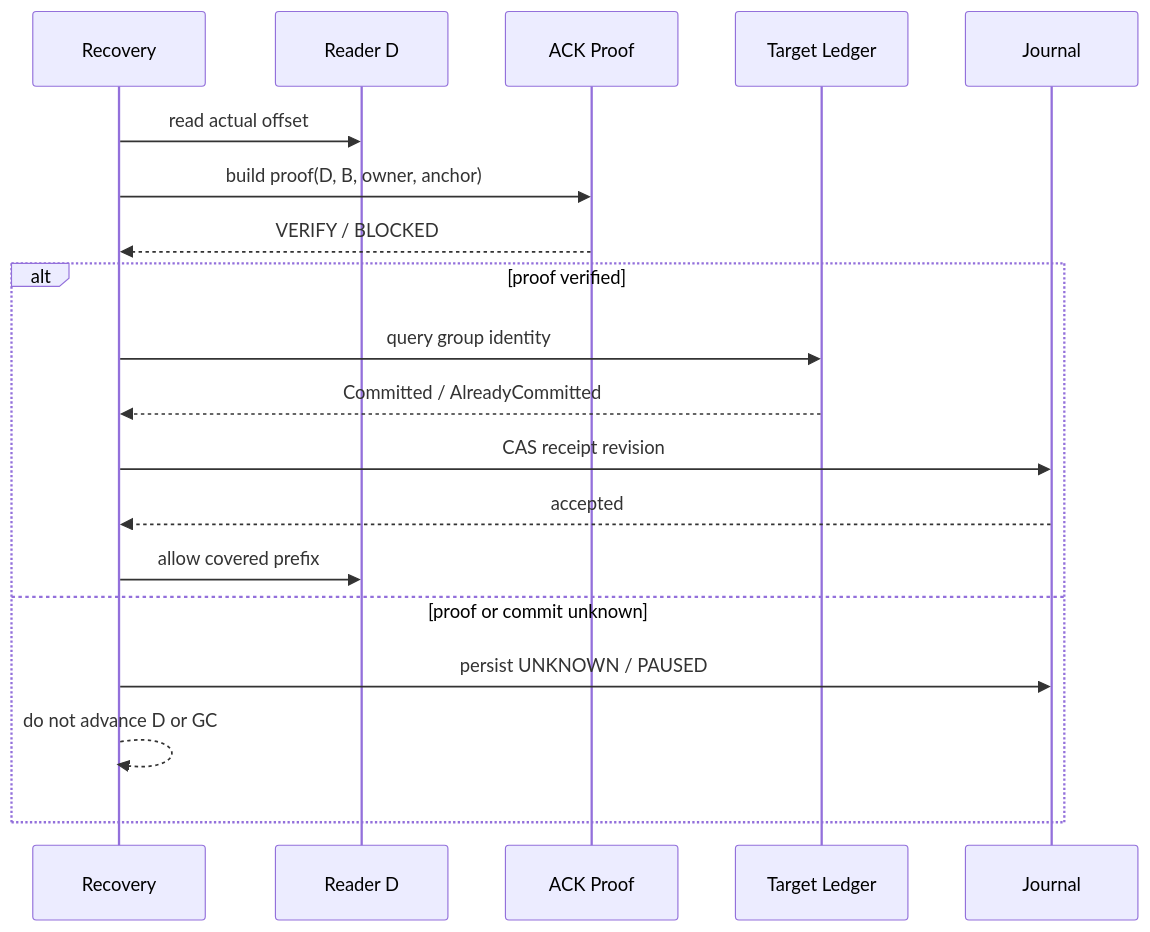
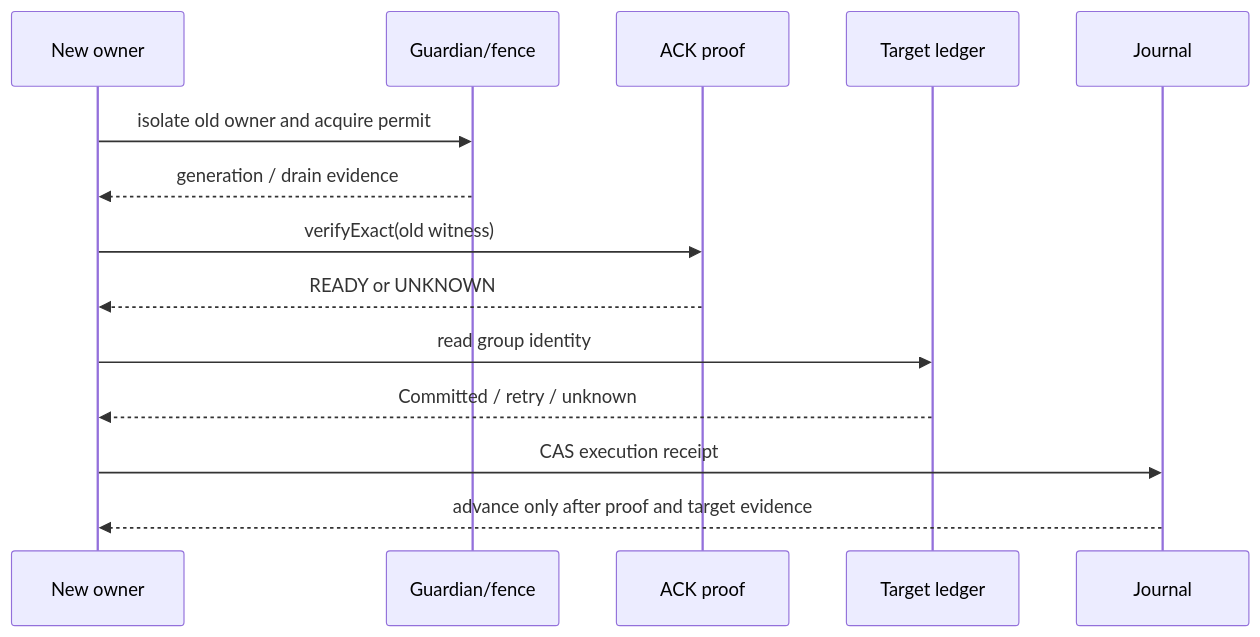
One commit to Xuxiaotuan/Xuxiaotuan.github.io changed the second of 2 diagrams in _posts/pekko/2026-10-18-pekko-cdc-3-mysql-journal-experiment.md. Above: the diagram before and after it, drawn with Mermaid. The commit also changed other lines of this file and 5 other files, not shown here.

````diff
--- a/_posts/pekko/2026-10-18-pekko-cdc-3-mysql-journal-experiment.md
+++ b/_posts/pekko/2026-10-18-pekko-cdc-3-mysql-journal-experiment.md
@@ -255,21 +89,16 @@
 ```mermaid
 sequenceDiagram
-    participant R as Recovery
-    participant D as Reader D
-    participant P as ACK Proof
-    participant T as Target Ledger
+    participant W as New owner
+    participant G as Guardian/fence
+    participant P as ACK proof
+    participant T as Target ledger
     participant J as Journal
-    R->>D: read actual offset
-    R->>P: build proof(D, B, owner, anchor)
-    P-->>R: VERIFY / BLOCKED
-    alt proof verified
-        R->>T: query group identity
-        T-->>R: Committed / AlreadyCommitted
-        R->>J: CAS receipt revision
-        J-->>R: accepted
-        R->>D: allow covered prefix
-    else proof or commit unknown
-        R->>J: persist UNKNOWN / PAUSED
-        R-->>R: do not advance D or GC
-    end
+    W->>G: isolate old owner and acquire permit
+    G-->>W: generation / drain evidence
+    W->>P: verifyExact(old witness)
+    P-->>W: READY or UNKNOWN
+    W->>T: read group identity
+    T-->>W: Committed / retry / unknown
+    W->>J: CAS execution receipt
+    J-->>W: advance only after proof and target evidence
 ```
````
